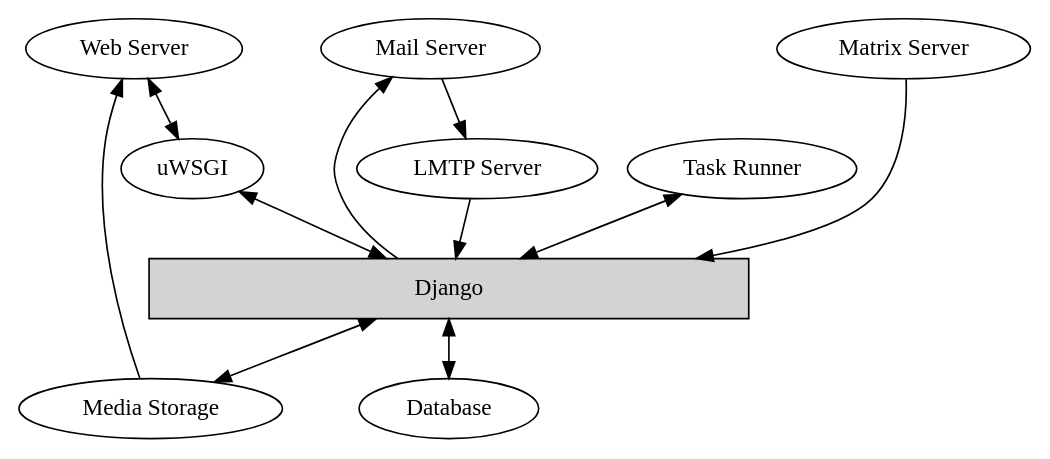
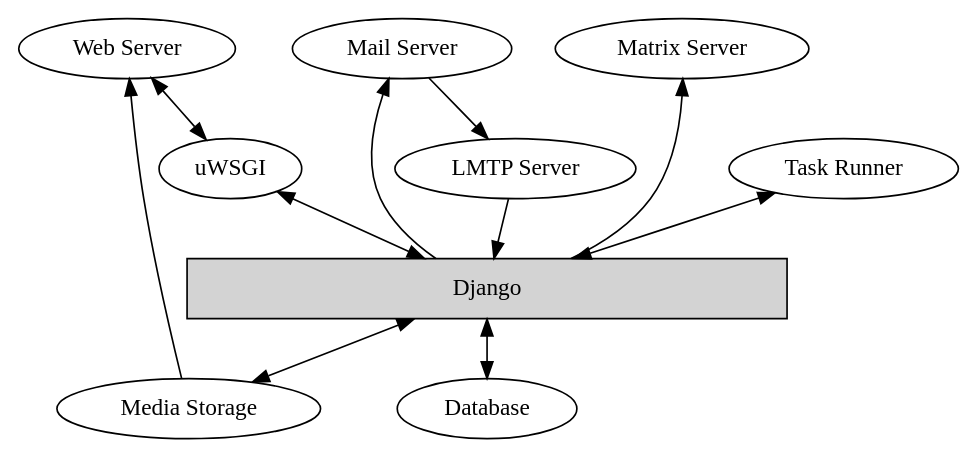
One commit to grouprise/grouprise changed the diagram in docs/deployment/index.rst. Above: the diagram before and after it, drawn with Graphviz.

Commit message:
docs: fix direction of graph for matrix/django communication

```diff
--- a/docs/deployment/index.rst
+++ b/docs/deployment/index.rst
@@ -16,35 +16,35 @@
 .. graphviz::
 
     graph {
         rankdir = "TB"
 
         {
             rank = "max"
             database [label = "Database"]
             media [label = "Media Storage"]
         }
         {
             rank = "same"
             django [label = "Django", shape = "box", style = "filled", width = "5"]
         }
         {
             rank = "same"
             uwsgi [label = "uWSGI"]
             worker [label = "Task Runner"]
             lmtp [label = "LMTP Server"]
         }
         {
             rank = "min"
             web_server [label = "Web Server"]
             mail_server [label = "Mail Server"]
             matrix_server [label = "Matrix Server"]
         }
 
         web_server -- uwsgi -- django -- database [dir = "both"]
         worker -- django [dir = "both"]
         mail_server -- lmtp -- django [dir = "forward"]
-        matrix_server -- django [dir = "forward"]
+        django -- matrix_server [dir = "forward"]
         django -- mail_server [dir = "forward"]
         media -- web_server [dir = "forward"]
         django -- media [dir = "both"]
     }
```
